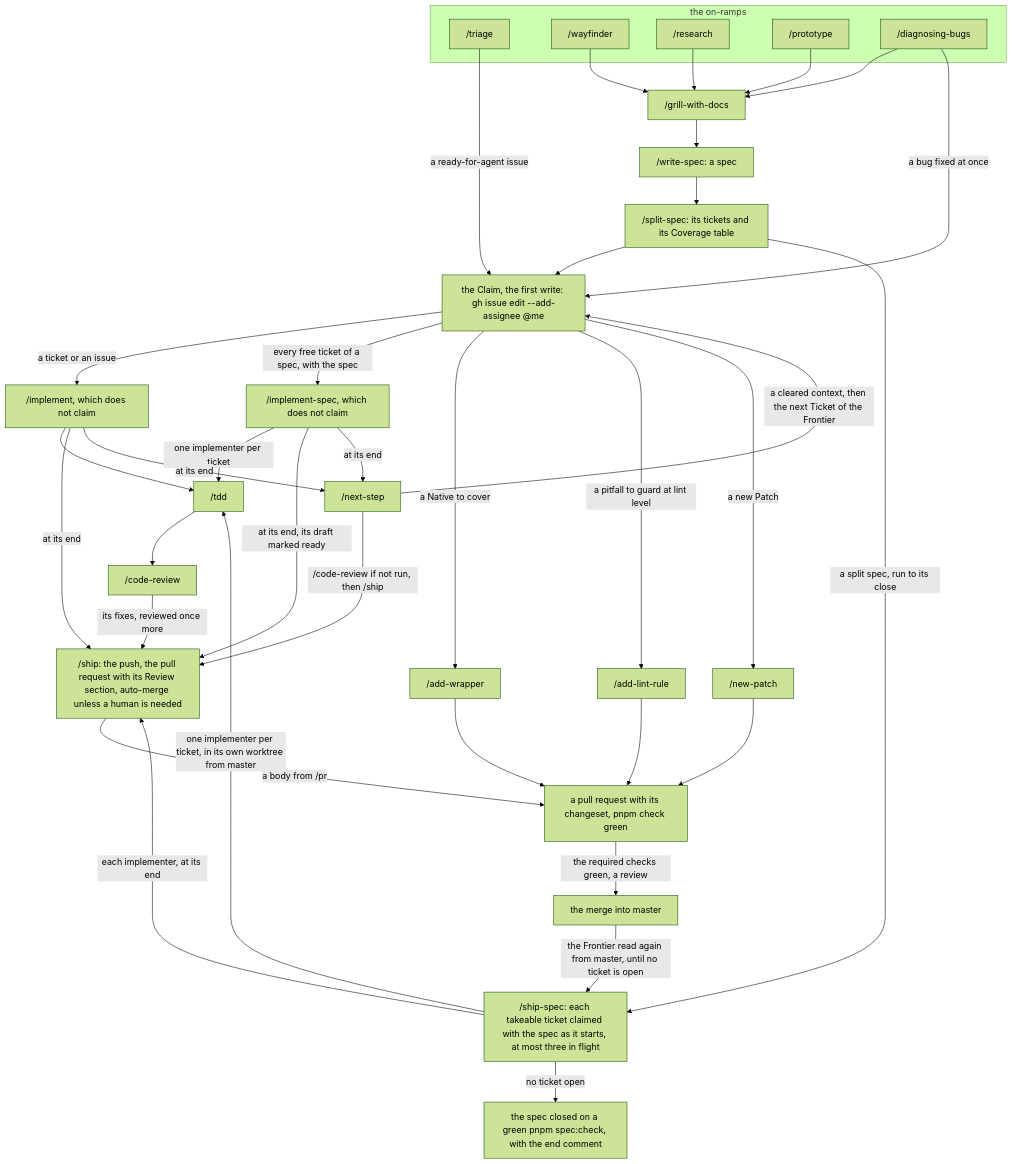
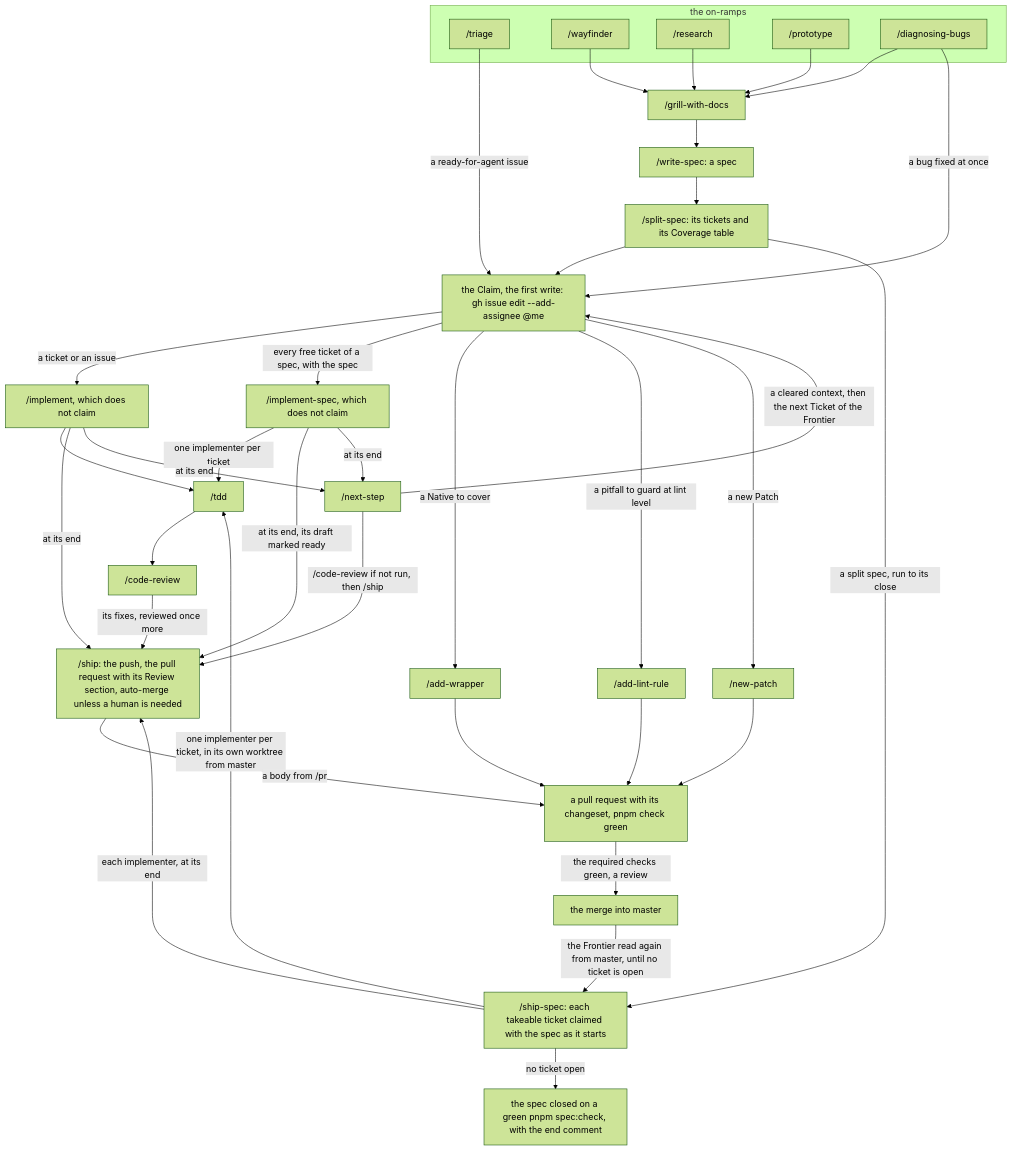
Before and after one commit to phmilk/reforged-ts: the diagram in docs/agents/development-loop.md, drawn with Mermaid (forest theme). The commit also changed other lines of this file and 2 other files, not shown here.

Commit message:
docs(skills): ship-spec states its limit of three and the Template's red CI once, and the loop doc points to it (#811)
The limit and its reason live in SKILL.md's "Three in flight", the
Template's red check in "A red CI". The development loop doc's bullet
keeps a pointer, its trigger and its place in the loop.

````diff
--- a/docs/agents/development-loop.md
+++ b/docs/agents/development-loop.md
@@ -77,64 +77,64 @@
 ```mermaid
 flowchart TD
   %% diagram: development-loop
   %% covers: skills
   subgraph on_ramps["the on-ramps"]
     triage["/triage"]
     wayfinder["/wayfinder"]
     research["/research"]
     prototype["/prototype"]
     diagnosing_bugs["/diagnosing-bugs"]
   end
   grill_with_docs["/grill-with-docs"]
   write_spec["/write-spec: a spec"]
   split_spec["/split-spec: its tickets and its Coverage table"]
   claim["the Claim, the first write: gh issue edit --add-assignee @me"]
   implement["/implement, which does not claim"]
   implement_spec["/implement-spec, which does not claim"]
   tdd["/tdd"]
   code_review["/code-review"]
   next_step["/next-step"]
-  ship_spec["/ship-spec: each takeable ticket claimed with the spec as it starts, at most three in flight"]
+  ship_spec["/ship-spec: each takeable ticket claimed with the spec as it starts"]
   spec_closed["the spec closed on a green pnpm spec:check, with the end comment"]
   ship["/ship: the push, the pull request with its Review section, auto-merge unless a human is needed"]
   add_wrapper["/add-wrapper"]
   add_lint_rule["/add-lint-rule"]
   new_patch["/new-patch"]
   pull_request["a pull request with its changeset, pnpm check green"]
   merge["the merge into master"]
 
   wayfinder --> grill_with_docs
   research --> grill_with_docs
   prototype --> grill_with_docs
   diagnosing_bugs --> grill_with_docs
   triage -->|"a ready-for-agent issue"| claim
   diagnosing_bugs -->|"a bug fixed at once"| claim
   grill_with_docs --> write_spec
   write_spec --> split_spec
   split_spec --> claim
   split_spec -->|"a split spec, run to its close"| ship_spec
   claim -->|"a ticket or an issue"| implement
   claim -->|"every free ticket of a spec, with the spec"| implement_spec
   claim -->|"a Native to cover"| add_wrapper
   claim -->|"a pitfall to guard at lint level"| add_lint_rule
   claim -->|"a new Patch"| new_patch
   implement --> tdd
   implement_spec -->|"one implementer per ticket"| tdd
   ship_spec -->|"one implementer per ticket, in its own worktree from master"| tdd
   tdd --> code_review
   code_review -->|"its fixes, reviewed once more"| ship
   implement -->|"at its end"| ship
   implement_spec -->|"at its end, its draft marked ready"| ship
   ship_spec -->|"each implementer, at its end"| ship
   ship -->|"a body from /pr"| pull_request
   add_wrapper --> pull_request
   add_lint_rule --> pull_request
   new_patch --> pull_request
   pull_request -->|"the required checks green, a review"| merge
   merge -->|"the Frontier read again from master, until no ticket is open"| ship_spec
   ship_spec -->|"no ticket open"| spec_closed
   implement -->|"at its end"| next_step
   implement_spec -->|"at its end"| next_step
   next_step -->|"/code-review if not run, then /ship"| ship
   next_step -->|"a cleared context, then the next Ticket of the Frontier"| claim
 ```
````
